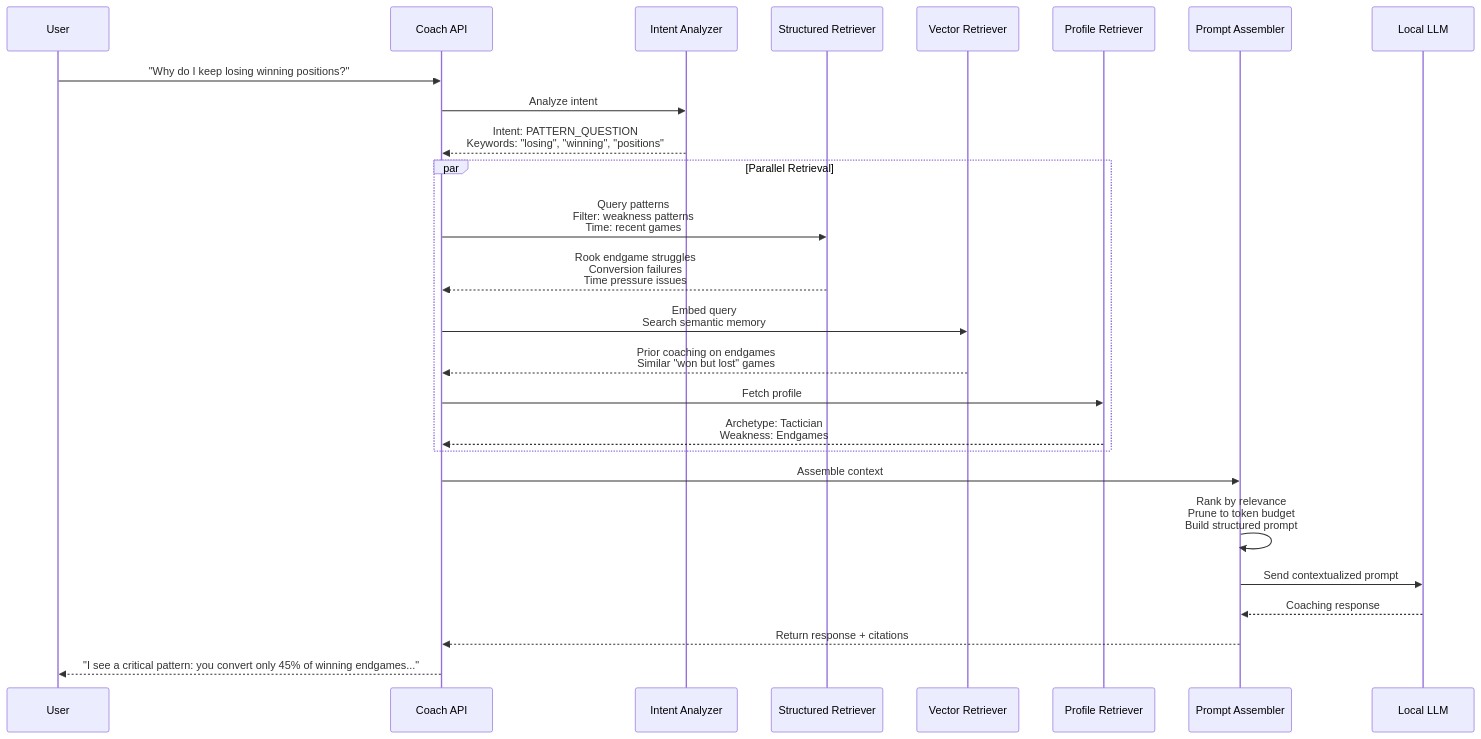
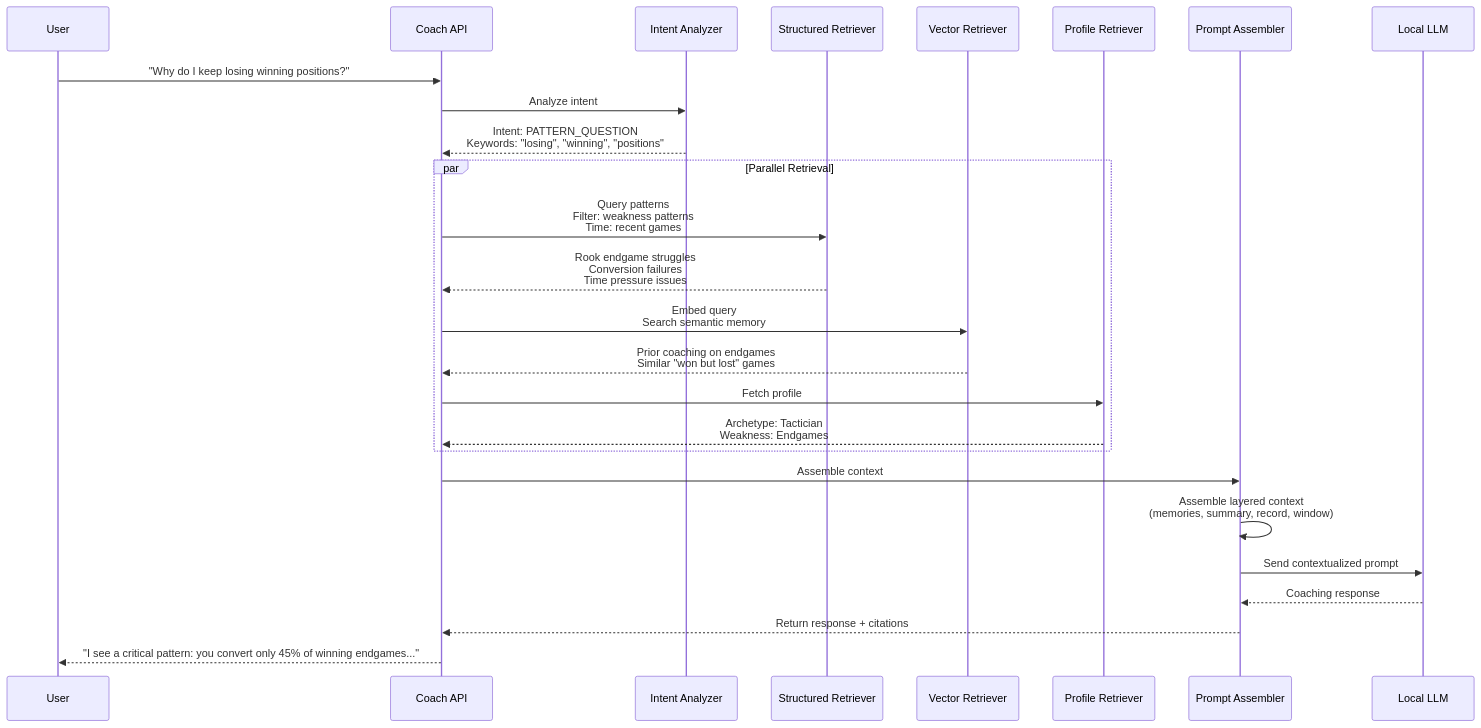
The fourth of 6 diagrams in docs/architecture/MEMORY_RETRIEVAL_CONTEXT_ARCHITECTURE.md (ArcnetLabs/chess-AI), drawn with Mermaid before and after one commit. The commit also changed other lines of this file and 5 other files, not shown here.

First line of the commit message:
﻿docs: player-intelligence phase 1 audit and target architecture

````diff
--- a/docs/architecture/MEMORY_RETRIEVAL_CONTEXT_ARCHITECTURE.md
+++ b/docs/architecture/MEMORY_RETRIEVAL_CONTEXT_ARCHITECTURE.md
@@ -741,36 +710,36 @@
 ```mermaid
 sequenceDiagram
     participant U as User
     participant API as Coach API
     participant IA as Intent Analyzer
     participant SR as Structured Retriever
     participant VR as Vector Retriever
     participant PR as Profile Retriever
     participant PA as Prompt Assembler
     participant LLM as Local LLM
 
     U->>API: "Why do I keep losing winning positions?"
 
     API->>IA: Analyze intent
     IA-->>API: Intent: PATTERN_QUESTION<br/>Keywords: "losing", "winning", "positions"
 
     par Parallel Retrieval
         API->>SR: Query patterns<br/>Filter: weakness patterns<br/>Time: recent games
         SR-->>API: Rook endgame struggles<br/>Conversion failures<br/>Time pressure issues
 
         API->>VR: Embed query<br/>Search semantic memory
         VR-->>API: Prior coaching on endgames<br/>Similar "won but lost" games
 
         API->>PR: Fetch profile
         PR-->>API: Archetype: Tactician<br/>Weakness: Endgames
     end
 
     API->>PA: Assemble context
-    PA->>PA: Rank by relevance<br/>Prune to token budget<br/>Build structured prompt
+    PA->>PA: Assemble layered context<br/>(memories, summary, record, window)
 
     PA->>LLM: Send contextualized prompt
     LLM-->>PA: Coaching response
 
     PA-->>API: Return response + citations
     API-->>U: "I see a critical pattern: you convert only 45% of winning endgames..."
 ```
````
